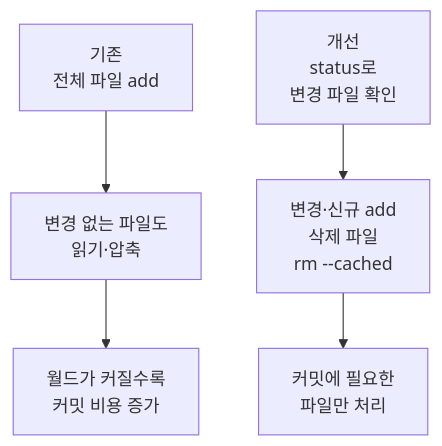
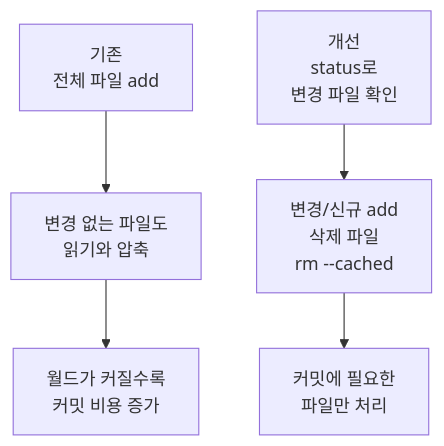
Before and after one commit to yuyeol3/backend-portfolio: the fourth of 4 diagrams in README.md, drawn with Mermaid. The commit also changed other lines of this file, not shown here.

````diff
--- a/README.md
+++ b/README.md
@@ -156,7 +146,7 @@
 ```mermaid
 flowchart TB
-    A["기존<br/>전체 파일 add"] --> B["변경 없는 파일도<br/>읽기·압축"]
+    A["기존<br/>전체 파일 add"] --> B["변경 없는 파일도<br/>읽기와 압축"]
     B --> C["월드가 커질수록<br/>커밋 비용 증가"]
-    D["개선<br/>status로<br/>변경 파일 확인"] --> E["변경·신규 add<br/>삭제 파일<br/>rm --cached"]
+    D["개선<br/>status로<br/>변경 파일 확인"] --> E["변경/신규 add<br/>삭제 파일<br/>rm --cached"]
     E --> F["커밋에 필요한<br/>파일만 처리"]
 ```
````
